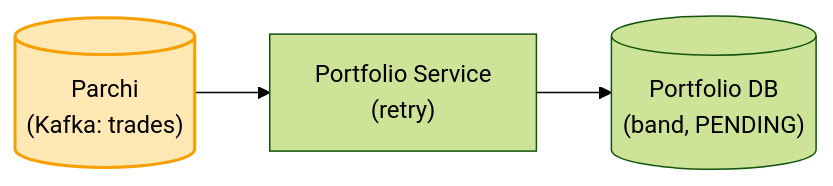
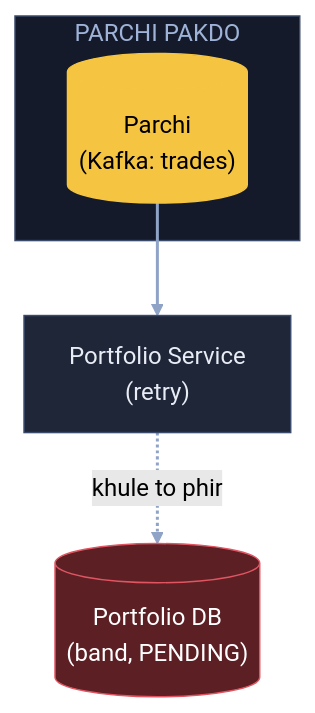
One commit to ArpanMaheshwari144/Prep changed the seventh of 9 diagrams in 04_HLD/SYSTEM_DESIGNS/05_stock_broker_trading/05_stock_broker_trading.md. Above: the diagram before and after it, drawn with Mermaid (forest theme). The commit also changed other lines of this file, not shown here.

Commit message:
Stock: 9 diagram YouTube (reel) wale card andaaz me

````diff
--- a/04_HLD/SYSTEM_DESIGNS/05_stock_broker_trading/05_stock_broker_trading.md
+++ b/04_HLD/SYSTEM_DESIGNS/05_stock_broker_trading/05_stock_broker_trading.md
@@ -164,6 +233,16 @@
 ```mermaid
-flowchart LR
-    K[("Parchi<br/>(Kafka: trades)")] --> S["Portfolio Service<br/>(retry)"]
-    S --> D[("Portfolio DB<br/>(band, PENDING)")]
-    style K fill:#ffe8b3,stroke:#f59f00,stroke-width:2px,color:#000
+flowchart TB
+    subgraph PP["PARCHI PAKDO"]
+        K[("Parchi<br/>(Kafka: trades)")]:::pill
+    end
+    S["Portfolio Service<br/>(retry)"]:::card
+    D[("Portfolio DB<br/>(band, PENDING)")]:::bad
+    K --> S
+    S -. "khule to phir" .-> D
+    linkStyle default stroke:#8fa3c7,stroke-width:2px
+    classDef card fill:#1e2638,stroke:#3a4a6b,color:#e8ecf5
+    classDef pill fill:#f5c542,stroke:#f5c542,color:#000
+    classDef good fill:#2e7d4f,stroke:#3fbf6f,color:#fff
+    classDef bad fill:#5c1f24,stroke:#e05561,color:#fff
+    style PP fill:#141a29,stroke:#3a4a6b,color:#9fb3d9
 ```
````
